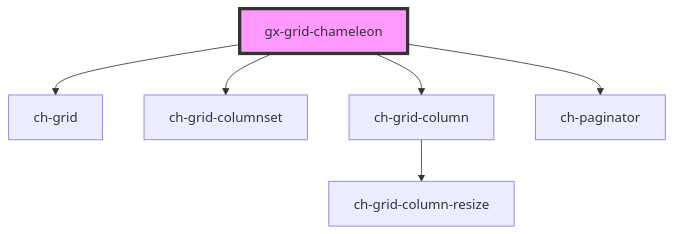
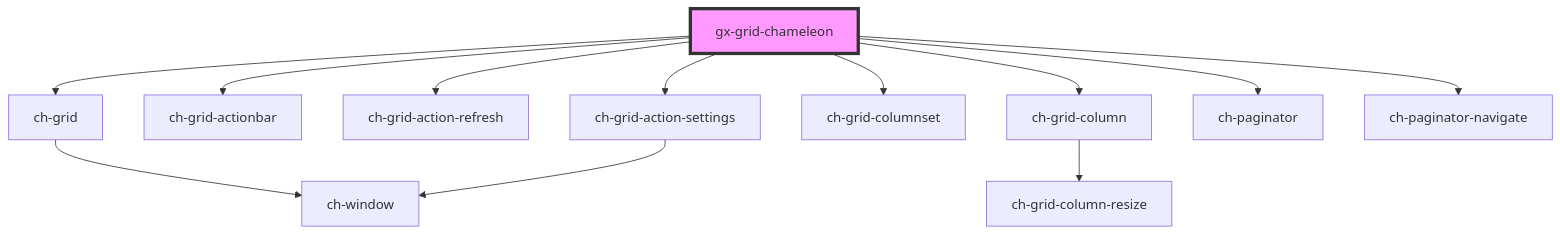
The diagram in src/components/gx-grid/readme.md (genexuslabs/chameleon-controls-library), drawn with Mermaid before and after one commit. The commit also changed other lines of this file and 2 other files, not shown here.

Commit message:
Action bar

````diff
--- a/src/components/gx-grid/readme.md
+++ b/src/components/gx-grid/readme.md
@@ -23,9 +27,15 @@
 ```mermaid
 graph TD;
   gx-grid-chameleon --> ch-grid
+  gx-grid-chameleon --> ch-grid-actionbar
+  gx-grid-chameleon --> ch-grid-action-refresh
+  gx-grid-chameleon --> ch-grid-action-settings
   gx-grid-chameleon --> ch-grid-columnset
   gx-grid-chameleon --> ch-grid-column
   gx-grid-chameleon --> ch-paginator
+  gx-grid-chameleon --> ch-paginator-navigate
+  ch-grid --> ch-window
+  ch-grid-action-settings --> ch-window
   ch-grid-column --> ch-grid-column-resize
   style gx-grid-chameleon fill:#f9f,stroke:#333,stroke-width:4px
 ```
````
